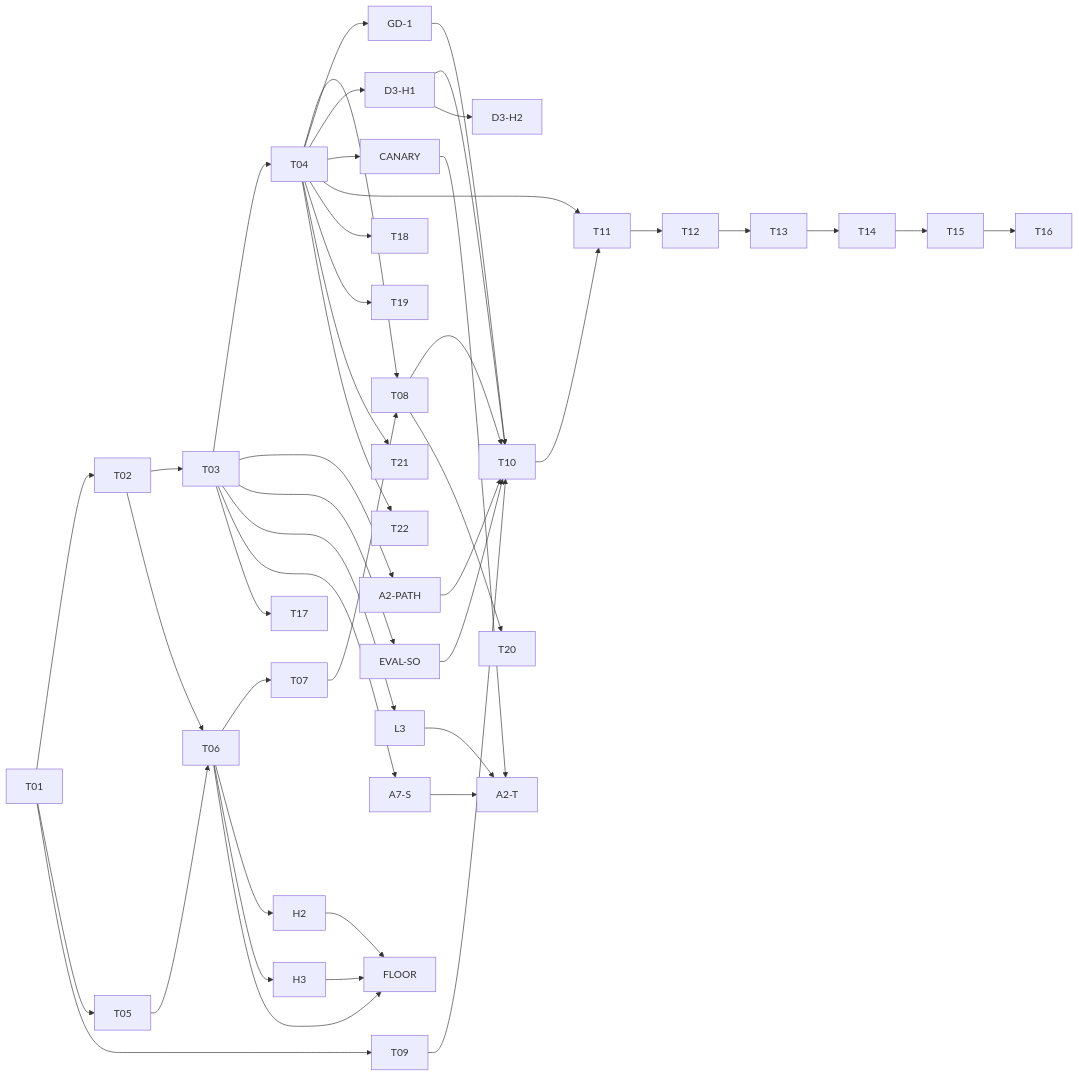
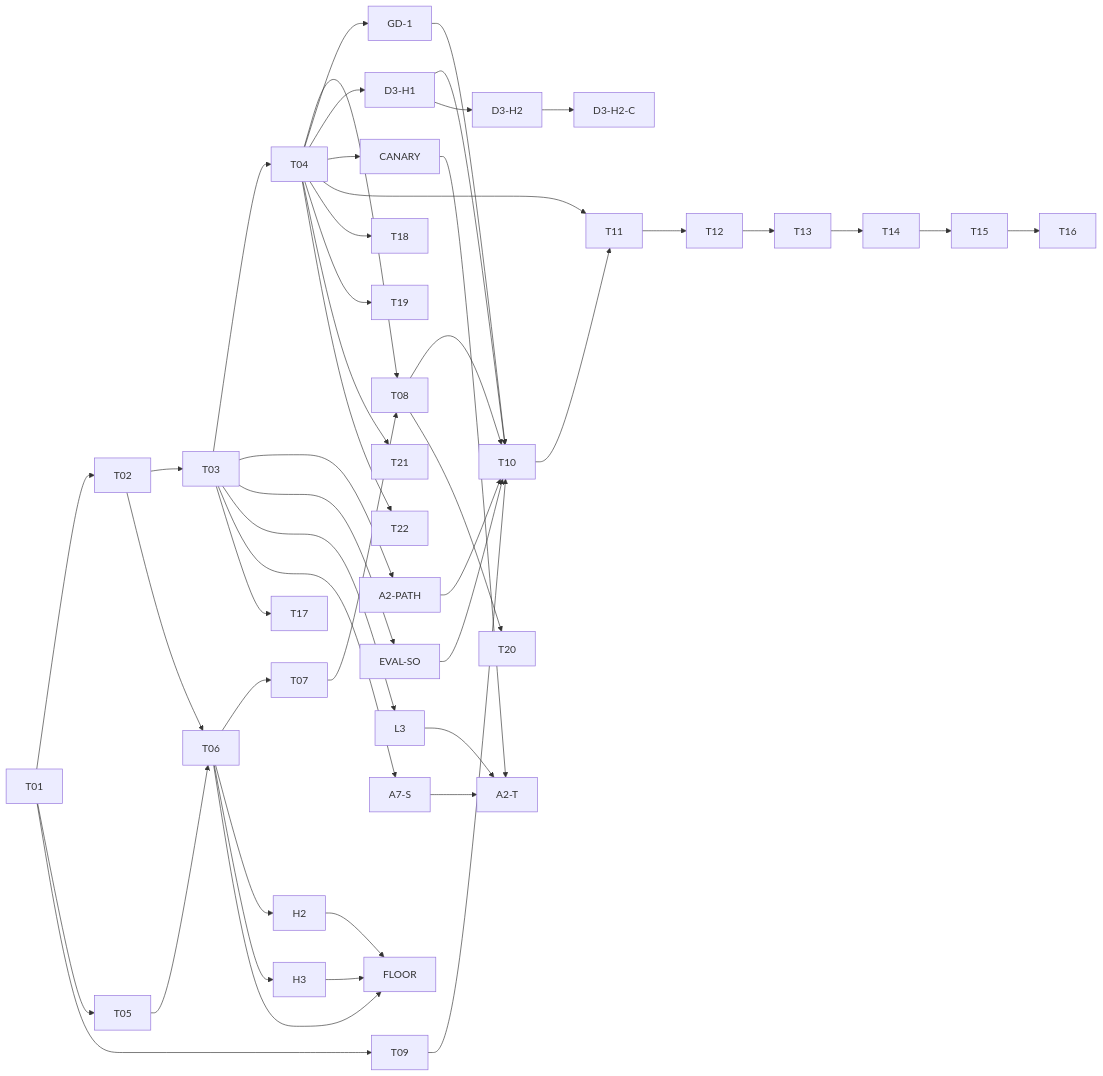
One commit to Zero-State-LLC/BlackDog changed the diagram in specs/001-faustcoder/tasks.md. Above: the diagram before and after it, drawn with Mermaid. The commit also changed other lines of this file and 6 other files, not shown here.

````diff
--- a/specs/001-faustcoder/tasks.md
+++ b/specs/001-faustcoder/tasks.md
@@ -253,28 +277,28 @@
 ```mermaid
 graph LR
     T01 --> T02 --> T03 --> T04
     T01 --> T05 --> T06
     T02 --> T06 --> T07 --> T08
     T04 --> T08
     T01 --> T09
     T08 --> T10
     T09 --> T10 --> T11
     T04 --> GD1["GD-1"] --> T10
     T04 --> D3H1["D3-H1"] --> T10
-    D3H1 --> D3H2["D3-H2"]
+    D3H1 --> D3H2["D3-H2"] --> D3H2C["D3-H2-C"]
     T03 --> A2PATH["A2-PATH"] --> T10
     T03 --> EVALSO["EVAL-SO"] --> T10
     T03 --> L3 --> A2T["A2-T"]
     T03 --> A7S["A7-S"] --> A2T
     T04 --> CANARY --> A2T
     T06 --> H2 --> FLOOR
     T06 --> H3 --> FLOOR
     T06 --> FLOOR
     T04 --> T11 --> T12 --> T13 --> T14 --> T15 --> T16
     T03 --> T17
     T04 --> T18
     T04 --> T19
     T08 --> T20
     T04 --> T21
     T04 --> T22
 ```
````
